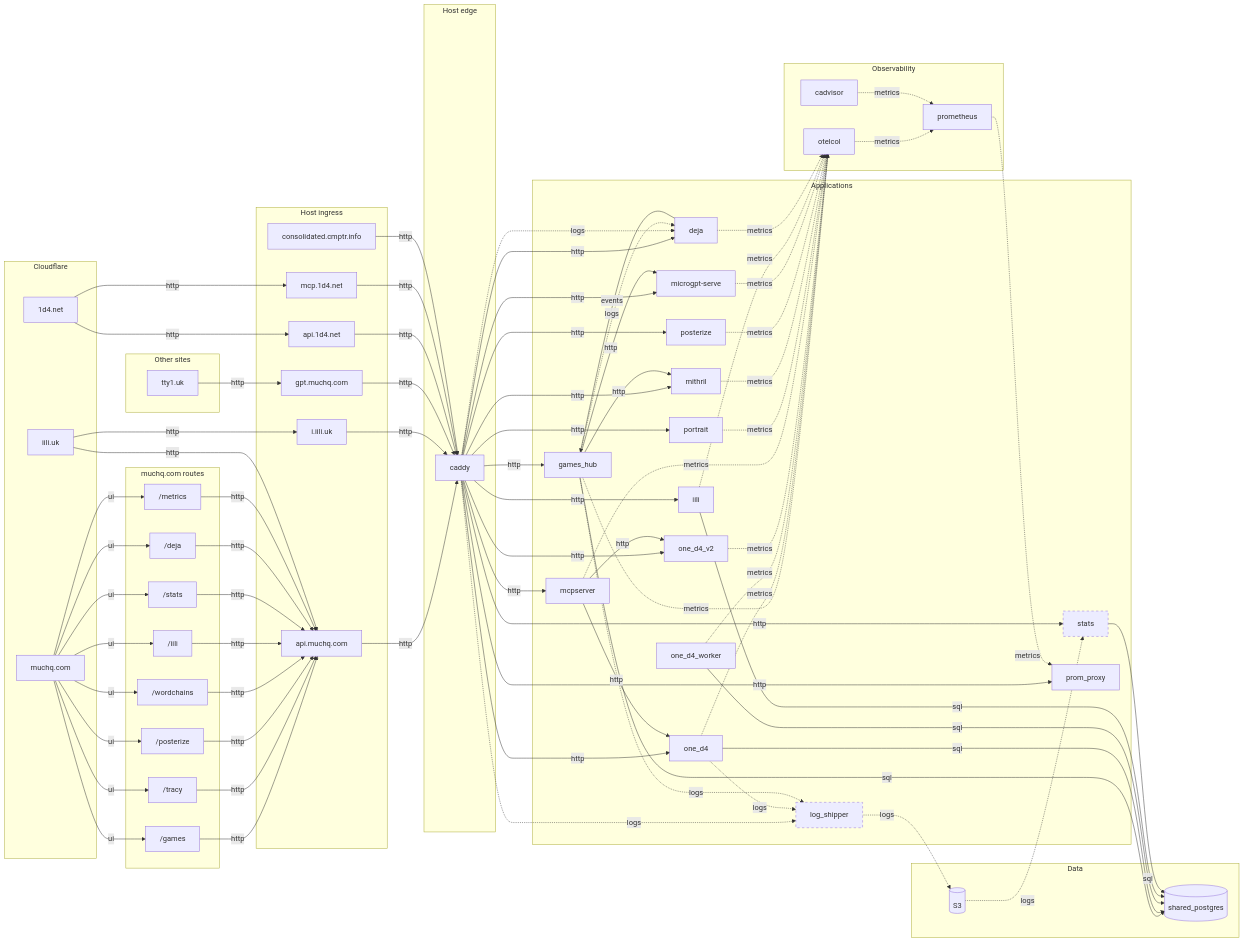
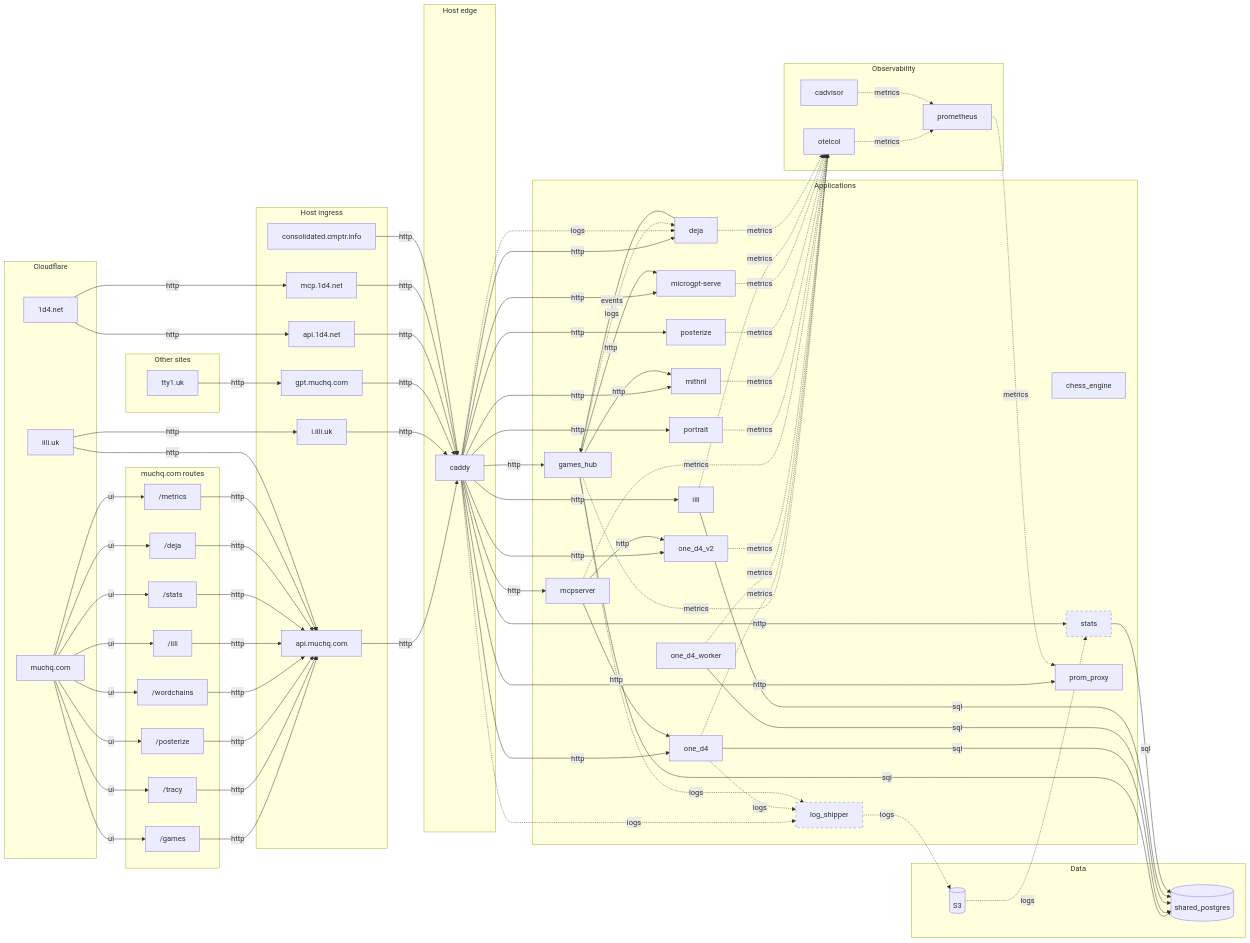
The diagram in docs/DEPLOYMENT.md (muchq/MoonBase), drawn with Mermaid before and after one commit. The commit also changed 14 other files, not shown here.

First line of the commit message:
chess_engine: Stockfish over HTTP for chess bots (#1624)

```diff
--- a/docs/DEPLOYMENT.md
+++ b/docs/DEPLOYMENT.md
@@ -113,6 +113,7 @@
     mcpserver["mcpserver"]
     portrait["portrait"]
     mithril["mithril"]
+    chess_engine["chess_engine"]
     posterize["posterize"]
     microgpt-serve["microgpt-serve"]
     iili["iili"]
```
